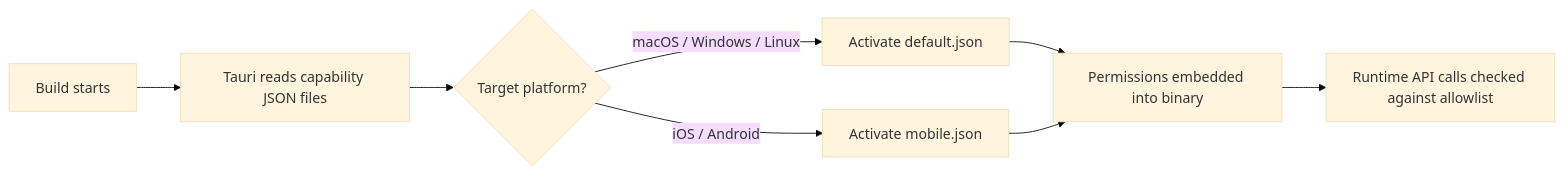
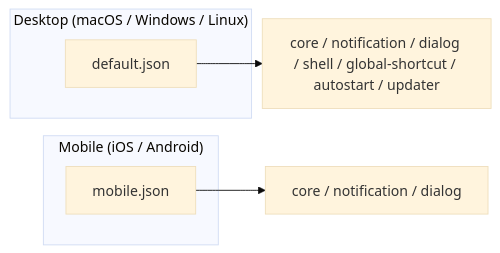
The diagram in other-librefang-desktop-capabilities.md (leszek3737/librefang-WIki), drawn with Mermaid (base theme) before and after one commit. The commit also changed other lines of this file and 125 other files, not shown here.

````diff
--- a/other-librefang-desktop-capabilities.md
+++ b/other-librefang-desktop-capabilities.md
@@ -43,10 +62,11 @@
 ```mermaid
-flowchart LR
-    A[Build starts] --> B[Tauri reads capability JSON files]
-    B --> C{Target platform?}
-    C -- "macOS / Windows / Linux" --> D[Activate default.json]
-    C -- "iOS / Android" --> E[Activate mobile.json]
-    D --> F[Permissions embedded into binary]
-    E --> F
-    F --> G[Runtime API calls checked against allowlist]
+graph LR
+    subgraph Desktop ["Desktop (macOS / Windows / Linux)"]
+        D[default.json]
+    end
+    subgraph Mobile ["Mobile (iOS / Android)"]
+        M[mobile.json]
+    end
+    D --> P[core / notification / dialog / shell / global-shortcut / autostart / updater]
+    M --> Q[core / notification / dialog]
 ```
````
